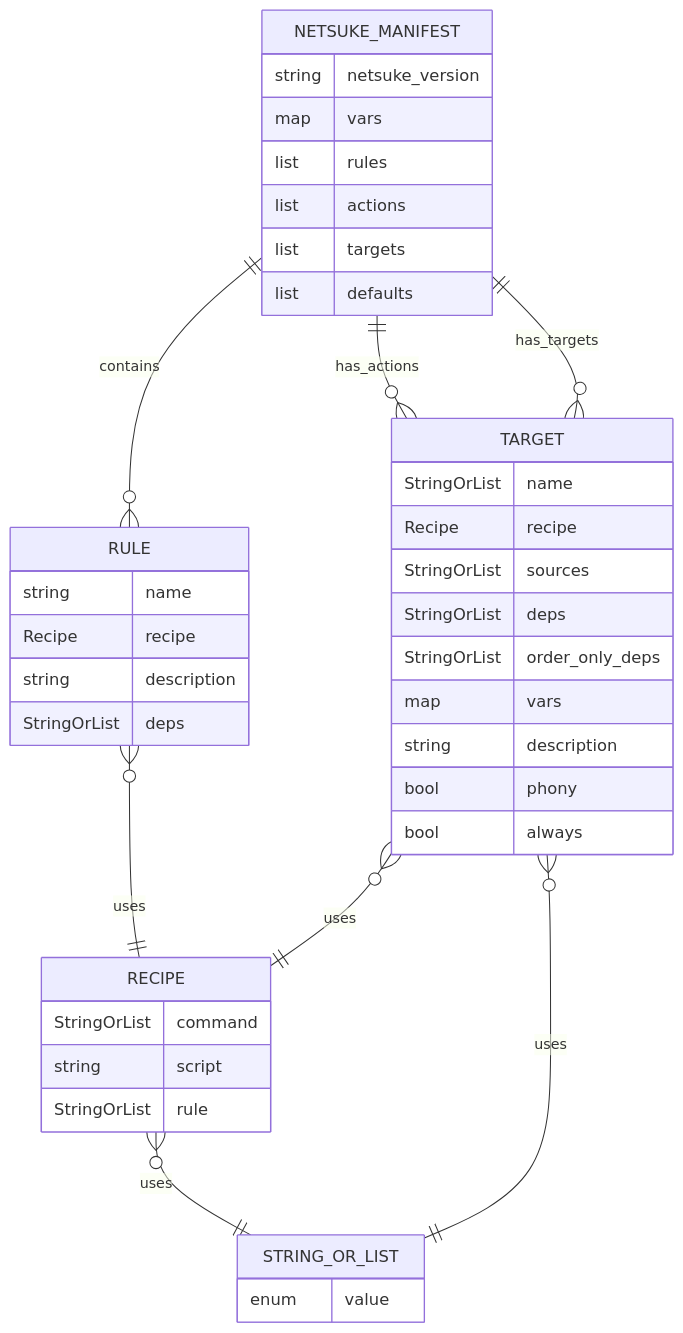
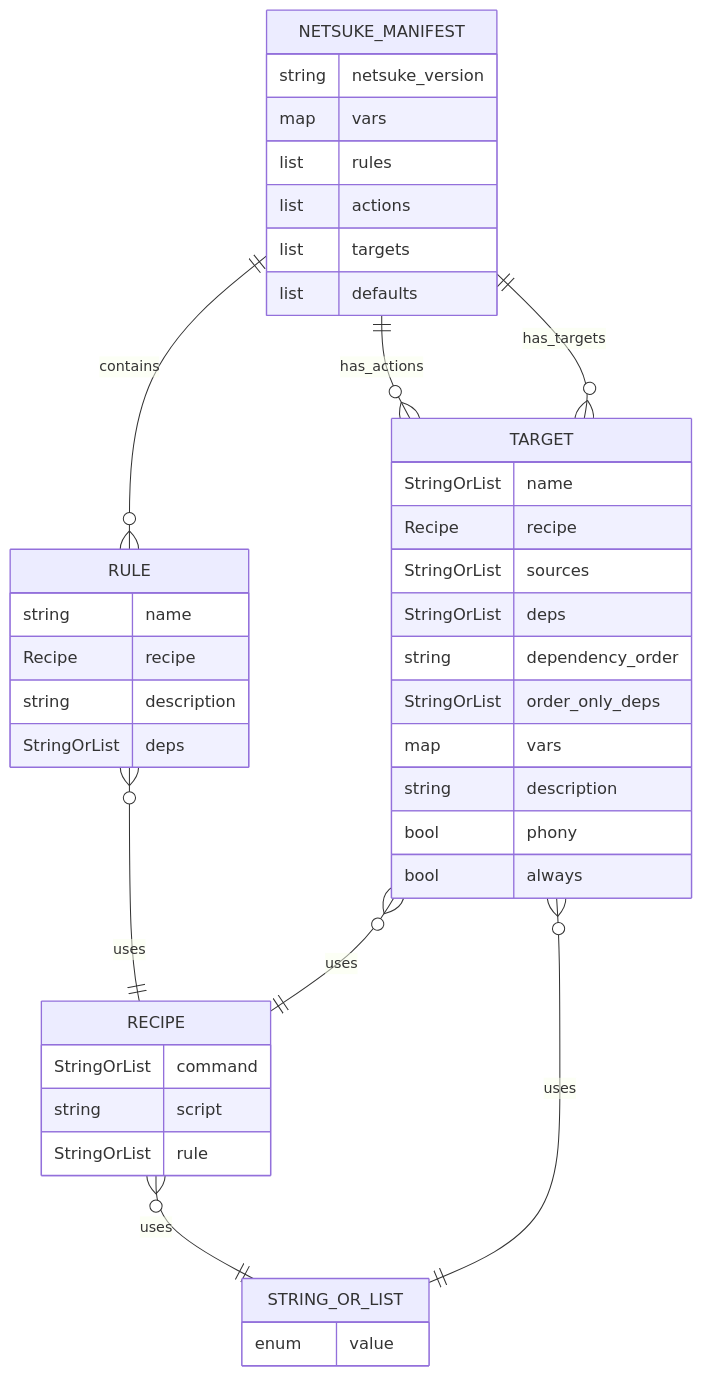
The second of 13 diagrams in docs/netsuke-design.md (leynos/netsuke), drawn with Mermaid before and after one commit. The commit also changed 16 other files, not shown here.

````diff
--- a/docs/netsuke-design.md
+++ b/docs/netsuke-design.md
@@ -204,43 +204,44 @@
 ```mermaid
 erDiagram
     NETSUKE_MANIFEST {
         string netsuke_version
         map vars
         list rules
         list actions
         list targets
         list defaults
     }
     RULE {
         string name
         Recipe recipe
         string description
         StringOrList deps
     }
     TARGET {
         StringOrList name
         Recipe recipe
         StringOrList sources
         StringOrList deps
+        string dependency_order
         StringOrList order_only_deps
         map vars
         string description
         bool phony
         bool always
     }
     RECIPE {
         StringOrList command
         string script
         StringOrList rule
     }
     STRING_OR_LIST {
         enum value
     }
     NETSUKE_MANIFEST ||--o{ RULE : contains
     NETSUKE_MANIFEST ||--o{ TARGET : has_actions
     NETSUKE_MANIFEST ||--o{ TARGET : has_targets
     RULE }o--|| RECIPE : uses
     TARGET }o--|| RECIPE : uses
     TARGET }o--|| STRING_OR_LIST : uses
     RECIPE }o--|| STRING_OR_LIST : uses
 ```
````
